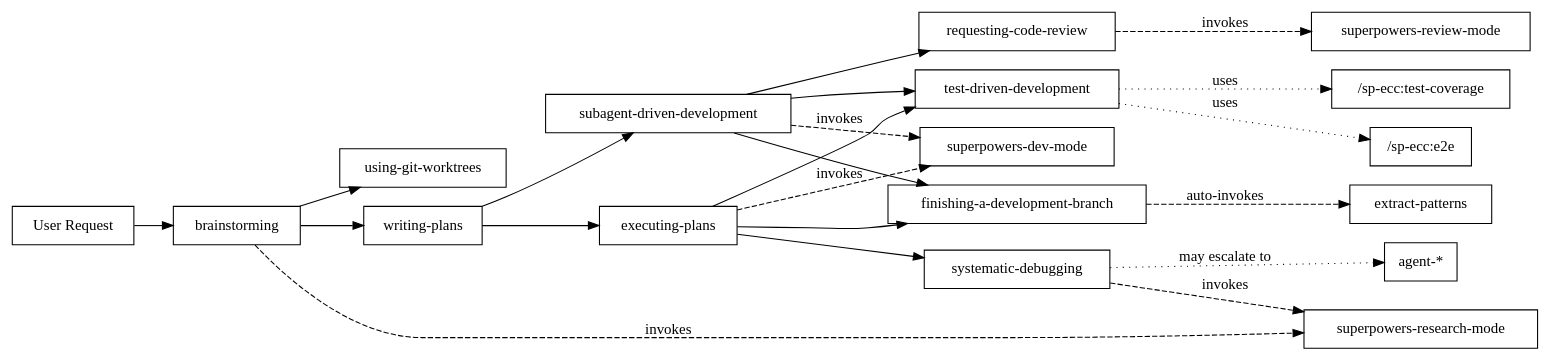
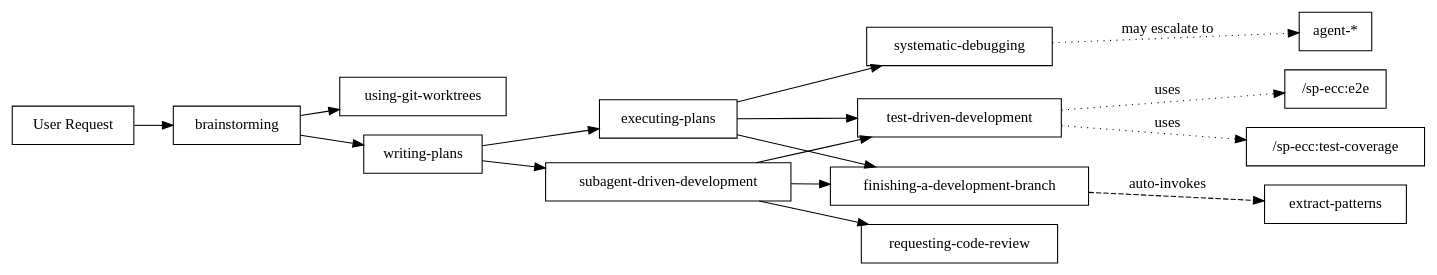
Before and after one commit to FaisalAlqarni/sp-ecc: the diagram in docs/integration/ARCHITECTURE.md, drawn with Graphviz. The commit also changed other lines of this file and 54 other files, not shown here.

Commit message:
chore: update version to 1.3 in marketplace.json and plugin.json; enhance README.md with detailed workflow options and multi-stage review pipeline for subagent-driven-development

````diff
--- a/docs/integration/ARCHITECTURE.md
+++ b/docs/integration/ARCHITECTURE.md
@@ -176,35 +115,29 @@
 ```dot
 digraph skill_interaction {
     rankdir=LR;
     node [shape=box];
 
     "User Request" -> "brainstorming";
     "brainstorming" -> "using-git-worktrees";
     "brainstorming" -> "writing-plans";
-    "brainstorming" -> "superpowers-research-mode" [style=dashed, label="invokes"];
 
     "writing-plans" -> "executing-plans";
     "writing-plans" -> "subagent-driven-development";
 
     "executing-plans" -> "test-driven-development";
-    "executing-plans" -> "superpowers-dev-mode" [style=dashed, label="invokes"];
     "executing-plans" -> "systematic-debugging";
 
     "subagent-driven-development" -> "test-driven-development";
     "subagent-driven-development" -> "requesting-code-review";
-    "subagent-driven-development" -> "superpowers-dev-mode" [style=dashed, label="invokes"];
-
-    "requesting-code-review" -> "superpowers-review-mode" [style=dashed, label="invokes"];
 
     "test-driven-development" -> "/sp-ecc:test-coverage" [style=dotted, label="uses"];
     "test-driven-development" -> "/sp-ecc:e2e" [style=dotted, label="uses"];
 
     "executing-plans" -> "finishing-a-development-branch";
     "subagent-driven-development" -> "finishing-a-development-branch";
 
     "finishing-a-development-branch" -> "extract-patterns" [style=dashed, label="auto-invokes"];
 
-    "systematic-debugging" -> "superpowers-research-mode" [style=dashed, label="invokes"];
     "systematic-debugging" -> "agent-*" [style=dotted, label="may escalate to"];
 }
 ```
````
